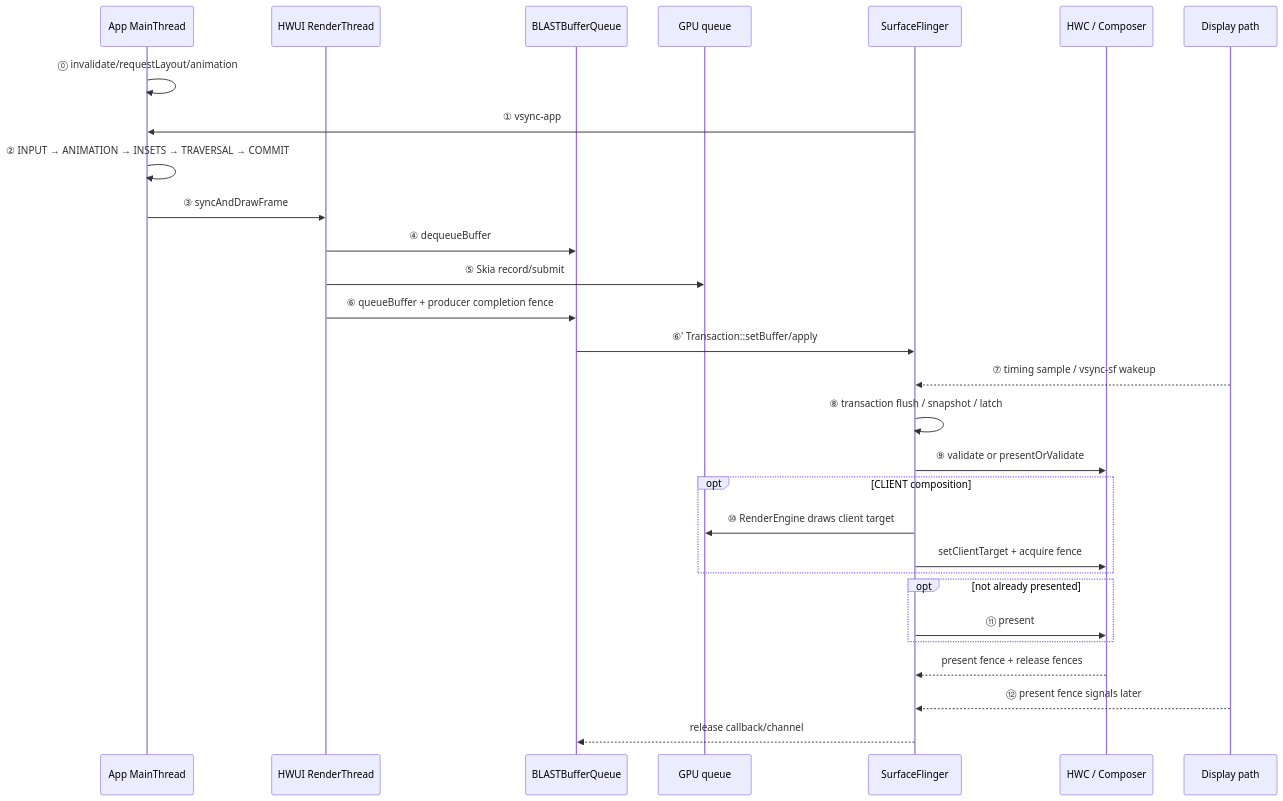
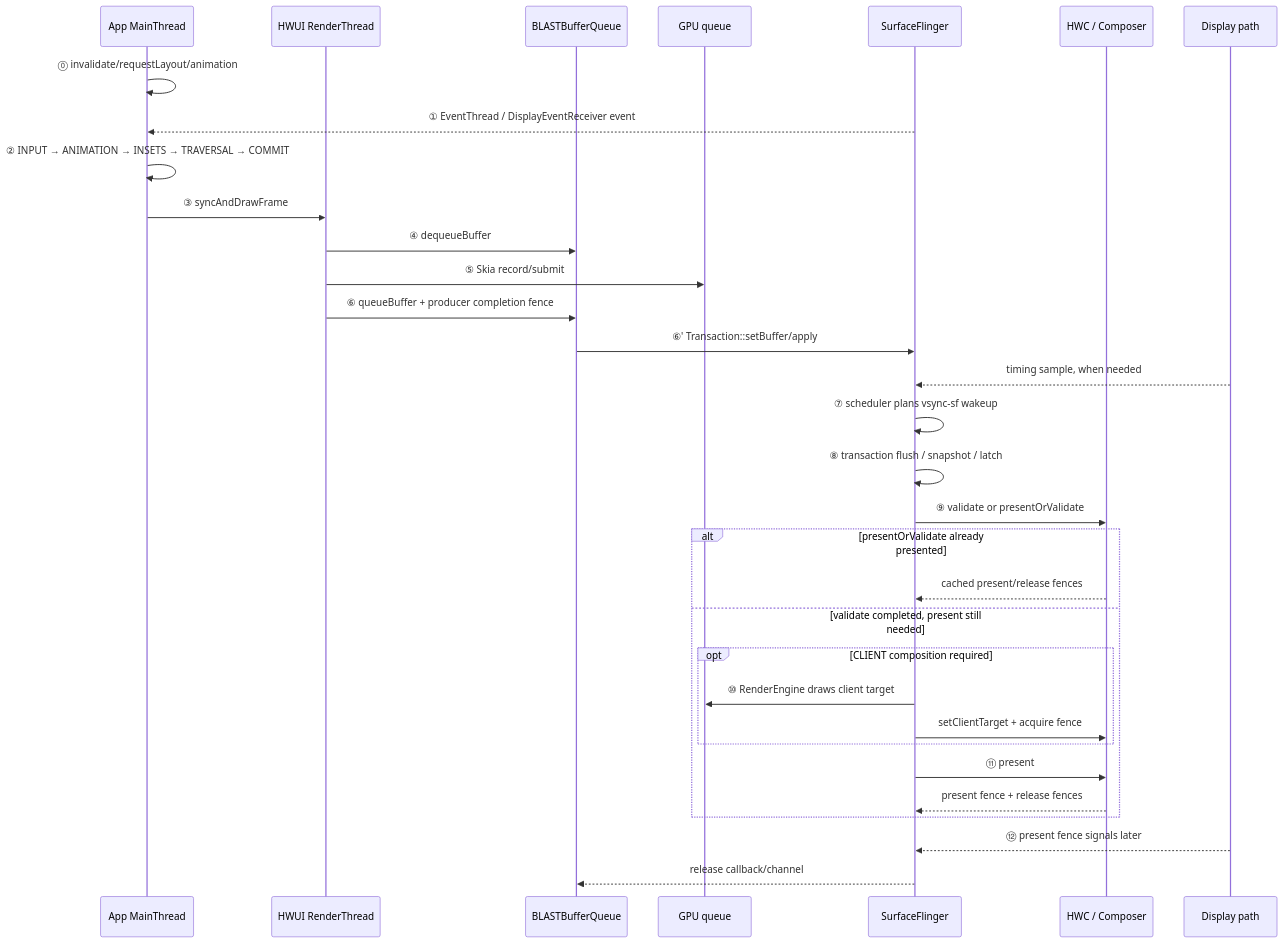
The second of 2 diagrams in src/part2-performance/ch13-rendering-pipelines/01-android-view-pipeline-analysis.md (Gracker/android-internals-wiki), drawn with Mermaid before and after one commit. The commit also changed other lines of this file and 196 other files, not shown here.

````diff
--- a/src/part2-performance/ch13-rendering-pipelines/01-android-view-pipeline-analysis.md
+++ b/src/part2-performance/ch13-rendering-pipelines/01-android-view-pipeline-analysis.md
@@ -768,32 +777,35 @@
 ```mermaid
 sequenceDiagram
     participant MT as App MainThread
     participant RT as HWUI RenderThread
     participant BBQ as BLASTBufferQueue
     participant GPU as GPU queue
     participant SF as SurfaceFlinger
     participant HWC as HWC / Composer
     participant DD as Display path
 
     MT->>MT: ⓪ invalidate/requestLayout/animation
-    SF->>MT: ① vsync-app
+    SF-->>MT: ① EventThread / DisplayEventReceiver event
     MT->>MT: ② INPUT → ANIMATION → INSETS → TRAVERSAL → COMMIT
     MT->>RT: ③ syncAndDrawFrame
     RT->>BBQ: ④ dequeueBuffer
     RT->>GPU: ⑤ Skia record/submit
     RT->>BBQ: ⑥ queueBuffer + producer completion fence
     BBQ->>SF: ⑥' Transaction::setBuffer/apply
-    DD-->>SF: ⑦ timing sample / vsync-sf wakeup
+    DD-->>SF: timing sample, when needed
+    SF->>SF: ⑦ scheduler plans vsync-sf wakeup
     SF->>SF: ⑧ transaction flush / snapshot / latch
     SF->>HWC: ⑨ validate or presentOrValidate
-    opt CLIENT composition
-        SF->>GPU: ⑩ RenderEngine draws client target
-        SF->>HWC: setClientTarget + acquire fence
+    alt presentOrValidate already presented
+        HWC-->>SF: cached present/release fences
+    else validate completed, present still needed
+        opt CLIENT composition required
+            SF->>GPU: ⑩ RenderEngine draws client target
+            SF->>HWC: setClientTarget + acquire fence
+        end
+        SF->>HWC: ⑪ present
+        HWC-->>SF: present fence + release fences
     end
-    opt not already presented
-        SF->>HWC: ⑪ present
-    end
-    HWC-->>SF: present fence + release fences
     DD-->>SF: ⑫ present fence signals later
     SF-->>BBQ: release callback/channel
 ```
````
